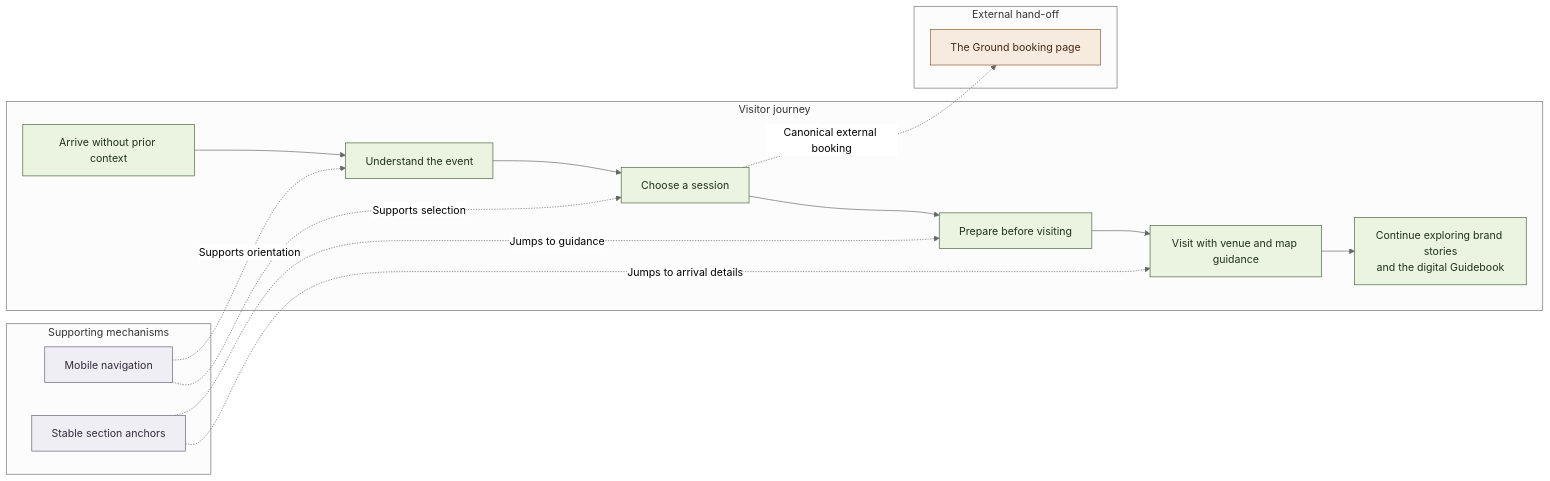
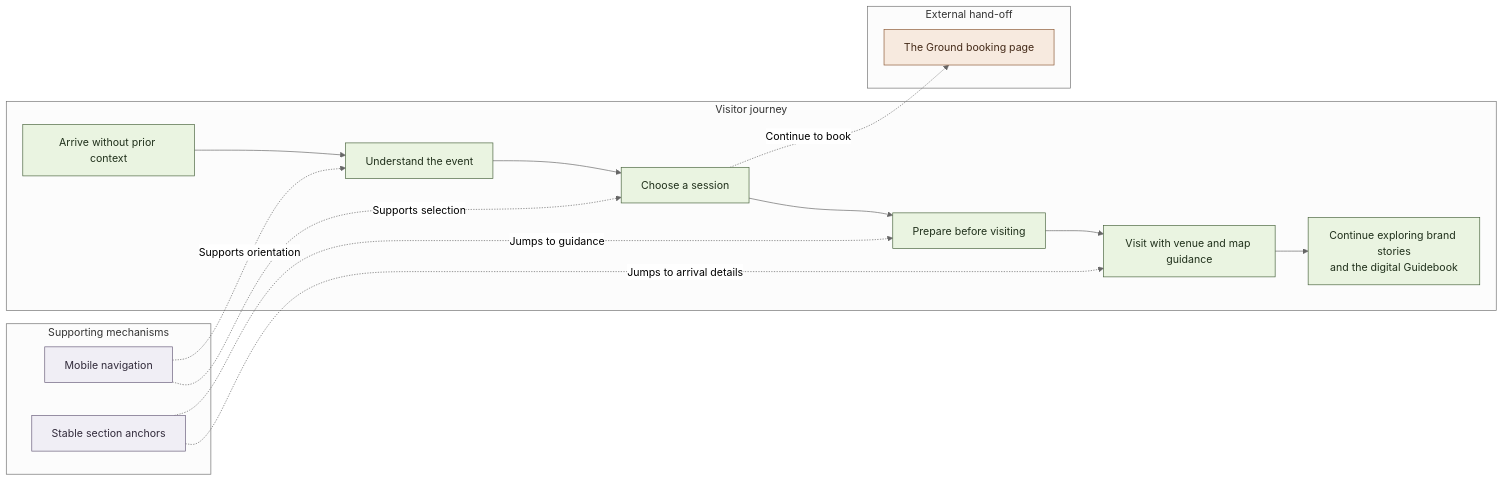
The diagram in docs/diagrams/visitor-journey.mmd (jackyngtf/wellness-village-event-platform), drawn with Mermaid (neutral theme) before and after one commit. The commit also changed 55 other files, not shown here.

```diff
--- a/docs/diagrams/visitor-journey.mmd
+++ b/docs/diagrams/visitor-journey.mmd
@@ -1,37 +1,37 @@
 flowchart LR
     subgraph JOURNEY[Visitor journey]
         ARRIVE[Arrive without prior context]
         UNDERSTAND[Understand the event]
         CHOOSE[Choose a session]
         PREPARE[Prepare before visiting]
         VISIT[Visit with venue and map guidance]
         CONTINUE[Continue exploring brand stories<br/>and the digital Guidebook]
     end
 
     subgraph SUPPORT[Supporting mechanisms]
         MOBILE_NAV[Mobile navigation]
         STABLE_ANCHORS[Stable section anchors]
     end
 
     subgraph EXTERNAL[External hand-off]
         BOOKING[The Ground booking page]
     end
 
     ARRIVE --> UNDERSTAND
     UNDERSTAND --> CHOOSE
     CHOOSE --> PREPARE
     PREPARE --> VISIT
     VISIT --> CONTINUE
 
     MOBILE_NAV -.->|Supports orientation| UNDERSTAND
     MOBILE_NAV -.->|Supports selection| CHOOSE
     STABLE_ANCHORS -.->|Jumps to guidance| PREPARE
     STABLE_ANCHORS -.->|Jumps to arrival details| VISIT
-    CHOOSE -.->|Canonical external booking| BOOKING
+    CHOOSE -.->|Continue to book| BOOKING
 
     classDef journey fill:#eaf4e1,stroke:#48633c,color:#20301b
     classDef support fill:#f0eef5,stroke:#675b79,color:#312a3a
     classDef external fill:#f7eadf,stroke:#8a5834,color:#442a18
     class ARRIVE,UNDERSTAND,CHOOSE,PREPARE,VISIT,CONTINUE journey
     class MOBILE_NAV,STABLE_ANCHORS support
     class BOOKING external
```
